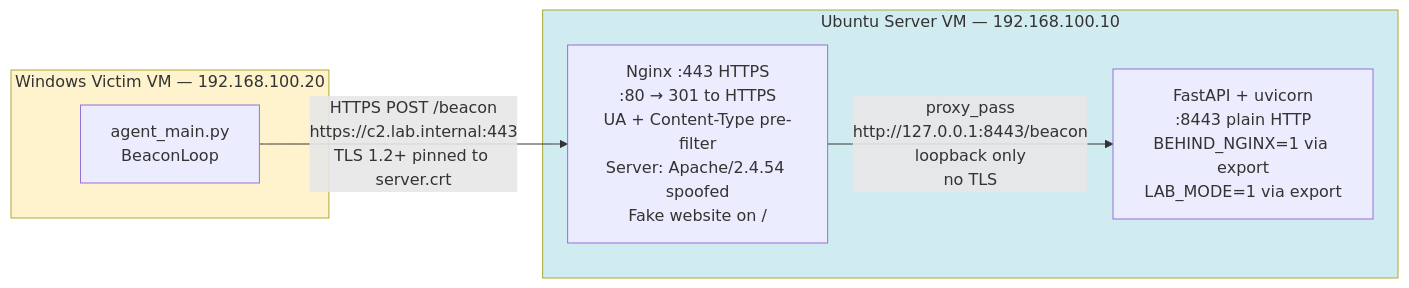
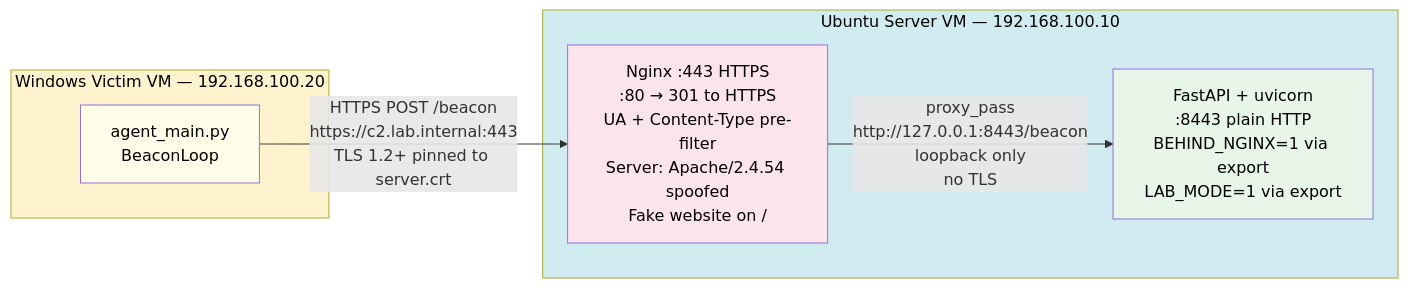
The fourth of 4 diagrams in docs/architecture.md (Menelaus29/c2-framework), drawn with Mermaid before and after one commit. The commit also changed other lines of this file, not shown here.

Commit message:
docs: fix Mermaid render issues and color

````diff
--- a/docs/architecture.md
+++ b/docs/architecture.md
@@ -182,17 +185,20 @@
 ```mermaid
 graph LR
     subgraph WIN["Windows Victim VM — 192.168.100.20"]
-        AG["agent_main.py\nBeaconLoop"]
+        AG["agent_main.py<br/>BeaconLoop"]
     end
 
     subgraph UBUNTU["Ubuntu Server VM — 192.168.100.10"]
-        NX["Nginx :443 HTTPS\n:80 → 301 to HTTPS\nUA + Content-Type pre-filter\nServer: Apache/2.4.54 spoofed\nFake website on /"]
-        FP["FastAPI + uvicorn\n:8443 plain HTTP\nBEHIND_NGINX=1 via export\nLAB_MODE=1 via export"]
-        NX -- "proxy_pass\nhttp://127.0.0.1:8443/beacon\nloopback only\nno TLS" --> FP
+        NX["Nginx :443 HTTPS<br/>:80 → 301 to HTTPS<br/>UA + Content-Type pre-filter<br/>Server: Apache/2.4.54 spoofed<br/>Fake website on /"]
+        FP["FastAPI + uvicorn<br/>:8443 plain HTTP<br/>BEHIND_NGINX=1 via export<br/>LAB_MODE=1 via export"]
+        NX -- "proxy_pass<br/>http://127.0.0.1:8443/beacon<br/>loopback only<br/>no TLS" --> FP
     end
 
-    AG -- "HTTPS POST /beacon\nhttps://c2.lab.internal:443\nTLS 1.2+ pinned to server.crt" --> NX
+    AG -- "HTTPS POST /beacon<br/>https://c2.lab.internal:443<br/>TLS 1.2+ pinned to server.crt" --> NX
 
-    style WIN fill:#fff3cd
-    style UBUNTU fill:#d1ecf1
+    style WIN fill:#fff3cd,color:#000000
+    style UBUNTU fill:#d1ecf1,color:#000000
+    style AG fill:#fffde7,color:#000000
+    style NX fill:#fce4ec,color:#000000
+    style FP fill:#e8f5e9,color:#000000
 ```
````
